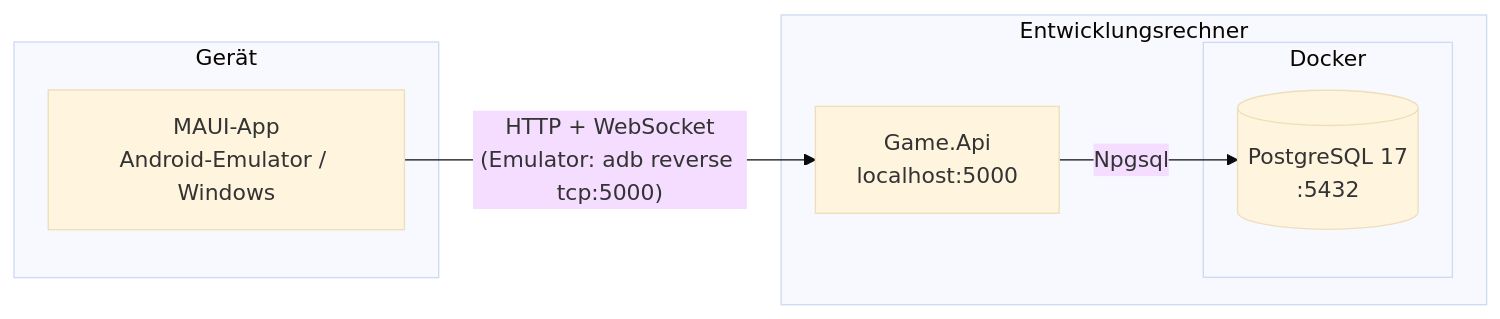
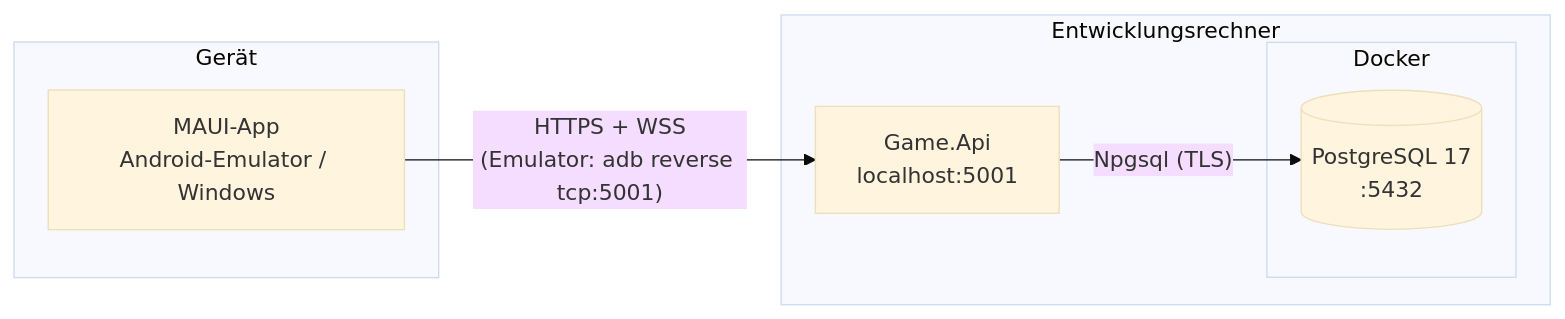
The fourth of 4 diagrams in docs/architecture.md (edukrema/smd_Roemisch_Eins), drawn with Mermaid (base theme) before and after one commit. The commit also changed other lines of this file and 15 other files, not shown here.

Commit message:
Add TLS for app-api and api-db

````diff
--- a/docs/architecture.md
+++ b/docs/architecture.md
@@ -115,14 +115,14 @@
 ```mermaid
 flowchart LR
     subgraph Gerät
         A1[MAUI-App<br/>Android-Emulator / Windows]
     end
     subgraph Entwicklungsrechner
-        API[Game.Api<br/>localhost:5000]
+        API[Game.Api<br/>localhost:5001]
         subgraph Docker
             PG[(PostgreSQL 17<br/>:5432)]
         end
     end
-    A1 -- "HTTP + WebSocket<br/>(Emulator: adb reverse tcp:5000)" --> API
-    API -- Npgsql --> PG
+    A1 -- "HTTPS + WSS<br/>(Emulator: adb reverse tcp:5001)" --> API
+    API -- "Npgsql (TLS)" --> PG
 ```
````
